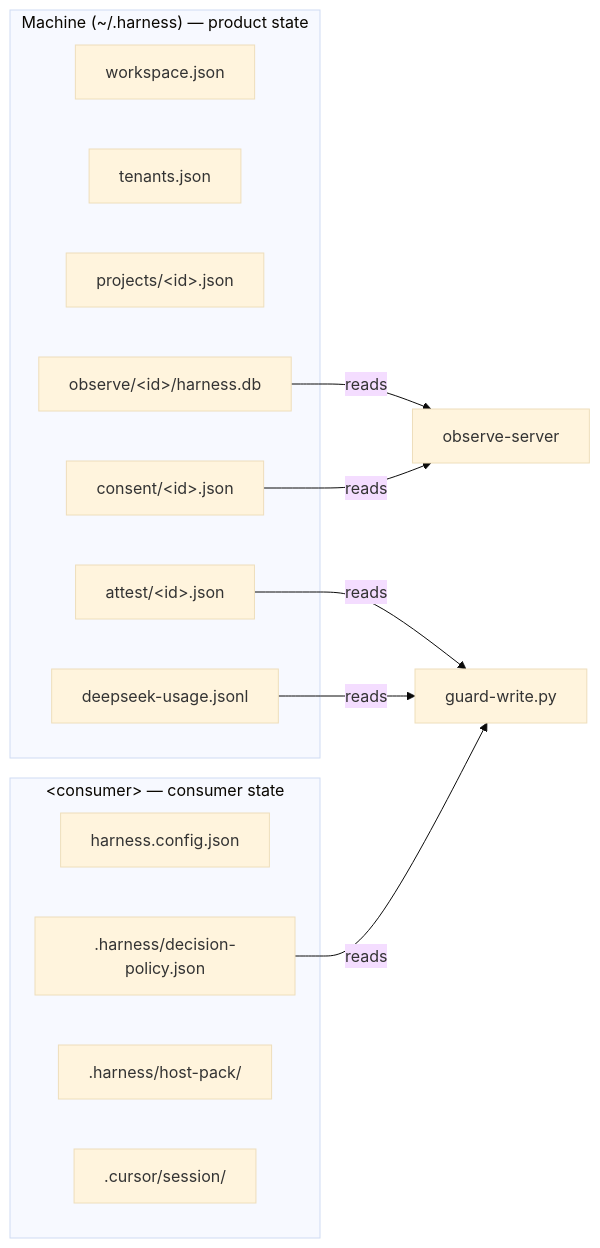
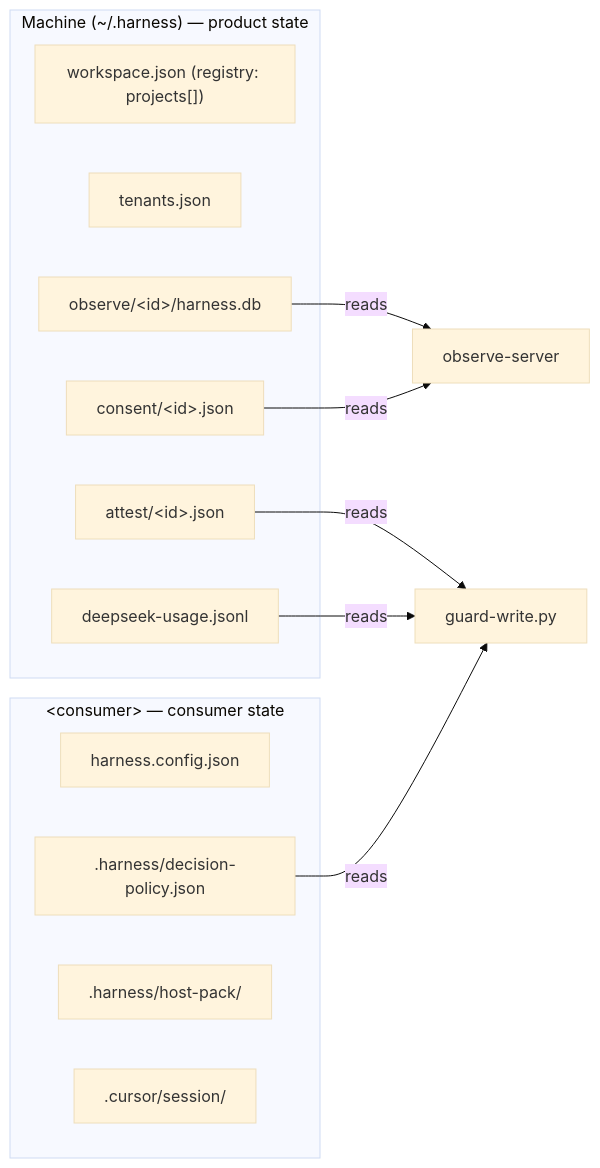
One commit to thangs2/harness-eso changed the second of 5 diagrams in documents/01.overview/03.architecture.md. Above: the diagram before and after it, drawn with Mermaid (base theme). The commit also changed 16 other files, not shown here.

First line of the commit message:
refactor(registry): one file for every project — workspace.json v2

````diff
--- a/documents/01.overview/03.architecture.md
+++ b/documents/01.overview/03.architecture.md
@@ -129,23 +129,22 @@
 ```mermaid
 graph LR
     subgraph machine["Machine (~/.harness) — product state"]
-        W[workspace.json]
+        W["workspace.json (registry: projects[])"]
         T[tenants.json]
-        P["projects/&lt;id&gt;.json"]
         DB["observe/&lt;id&gt;/harness.db"]
         C["consent/&lt;id&gt;.json"]
         A["attest/&lt;id&gt;.json"]
         L["deepseek-usage.jsonl"]
     end
     subgraph consumer["&lt;consumer&gt; — consumer state"]
         CFG[harness.config.json]
         POL[".harness/decision-policy.json"]
         PACK[".harness/host-pack/"]
         SESS[".cursor/session/"]
     end
     DB -->|reads| OS["observe-server"]
     C -->|reads| OS
     A -->|reads| GW["guard-write.py"]
     L -->|reads| GW
     POL -->|reads| GW
 ```
````
